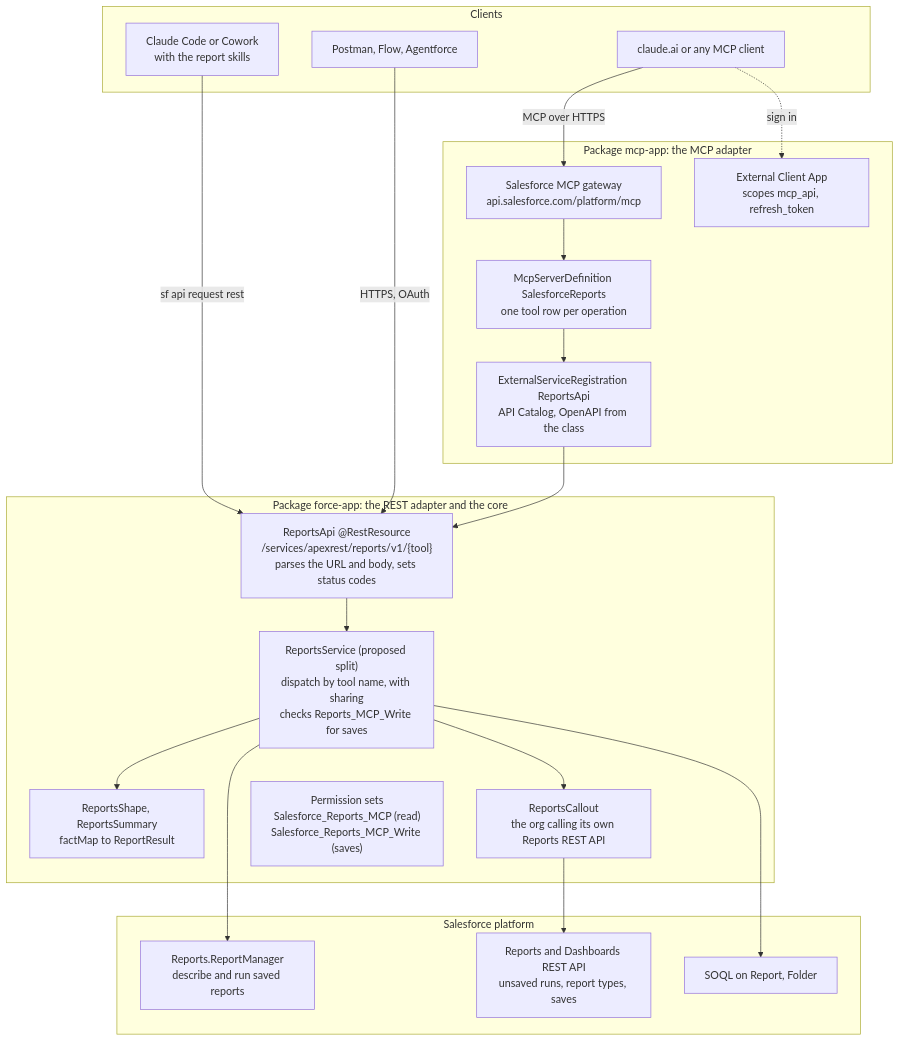
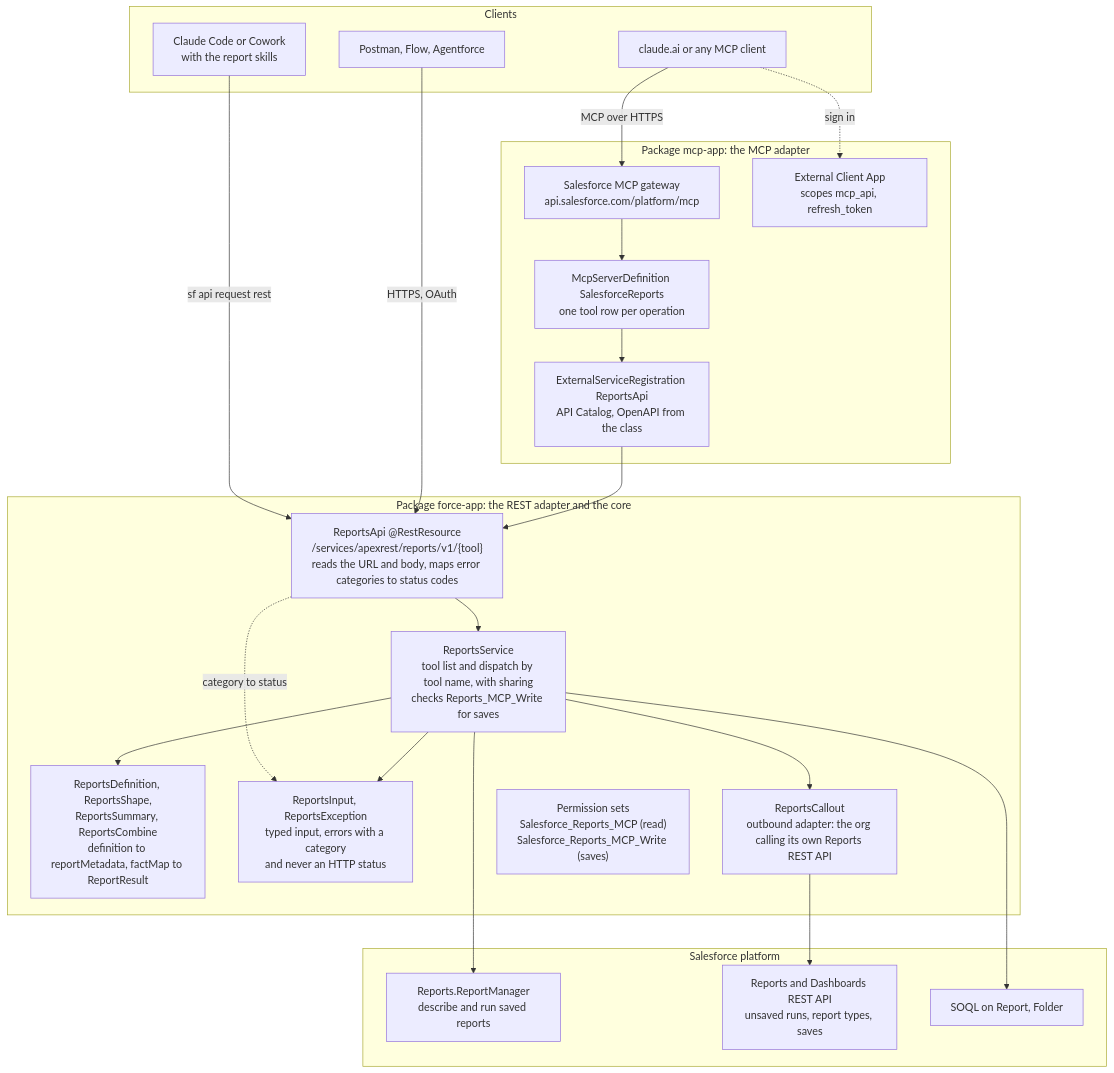
One commit to nelsben/salesforce-reports-mcp changed the first of 5 diagrams in docs/architecture.md. Above: the diagram before and after it, drawn with Mermaid. The commit also changed other lines of this file and 19 other files, not shown here.

First line of the commit message:
refactor: split ReportsService out of ReportsApi, a thin REST adapter over the core

````diff
--- a/docs/architecture.md
+++ b/docs/architecture.md
@@ -21,40 +21,43 @@
 ```mermaid
 flowchart TB
   subgraph clients [Clients]
     CC["Claude Code or Cowork<br/>with the report skills"]
     AI["claude.ai or any MCP client"]
     HTTP["Postman, Flow, Agentforce"]
   end
 
   subgraph mcpapp [Package mcp-app: the MCP adapter]
     GW["Salesforce MCP gateway<br/>api.salesforce.com/platform/mcp"]
     DEF["McpServerDefinition SalesforceReports<br/>one tool row per operation"]
     ESR["ExternalServiceRegistration ReportsApi<br/>API Catalog, OpenAPI from the class"]
     ECA["External Client App<br/>scopes mcp_api, refresh_token"]
   end
 
   subgraph forceapp [Package force-app: the REST adapter and the core]
-    API["ReportsApi @RestResource<br/>/services/apexrest/reports/v1/{tool}<br/>parses the URL and body, sets status codes"]
-    SVC["ReportsService (proposed split)<br/>dispatch by tool name, with sharing<br/>checks Reports_MCP_Write for saves"]
-    SHAPE["ReportsShape, ReportsSummary<br/>factMap to ReportResult"]
-    CALL["ReportsCallout<br/>the org calling its own Reports REST API"]
+    API["ReportsApi @RestResource<br/>/services/apexrest/reports/v1/{tool}<br/>reads the URL and body, maps error categories to status codes"]
+    SVC["ReportsService<br/>tool list and dispatch by tool name, with sharing<br/>checks Reports_MCP_Write for saves"]
+    SHAPE["ReportsDefinition, ReportsShape,<br/>ReportsSummary, ReportsCombine<br/>definition to reportMetadata, factMap to ReportResult"]
+    ERR["ReportsInput, ReportsException<br/>typed input, errors with a category<br/>and never an HTTP status"]
+    CALL["ReportsCallout<br/>outbound adapter: the org calling its own Reports REST API"]
     PS["Permission sets<br/>Salesforce_Reports_MCP (read)<br/>Salesforce_Reports_MCP_Write (saves)"]
   end
 
   subgraph platform [Salesforce platform]
     RM["Reports.ReportManager<br/>describe and run saved reports"]
     REST["Reports and Dashboards REST API<br/>unsaved runs, report types, saves"]
     SOQL["SOQL on Report, Folder"]
   end
 
   CC -->|sf api request rest| API
   HTTP -->|HTTPS, OAuth| API
   AI -->|MCP over HTTPS| GW
   GW --> DEF --> ESR --> API
   AI -.->|sign in| ECA
   API --> SVC
+  API -.->|category to status| ERR
   SVC --> SHAPE
+  SVC --> ERR
   SVC --> RM
   SVC --> SOQL
   SVC --> CALL --> REST
 ```
````
